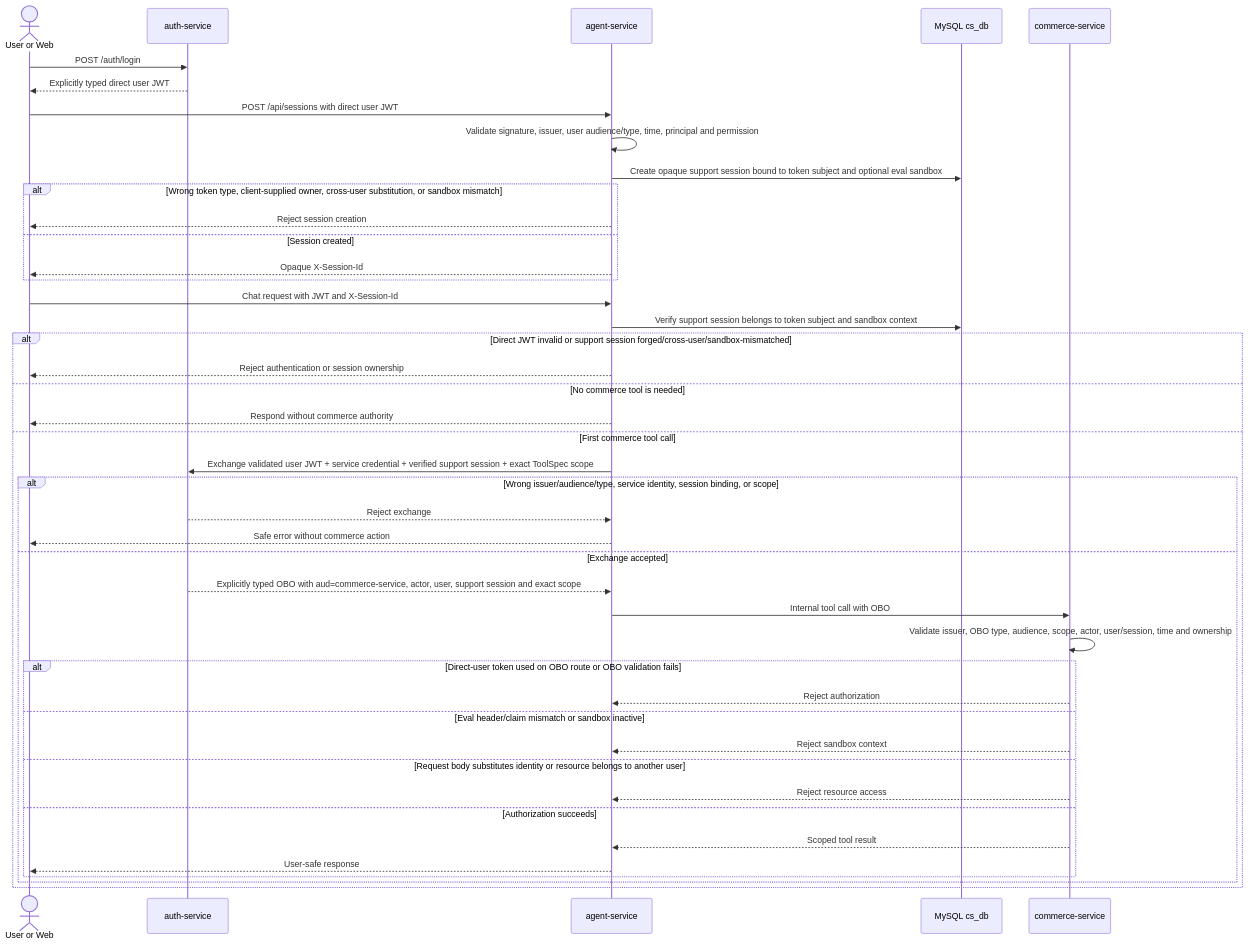
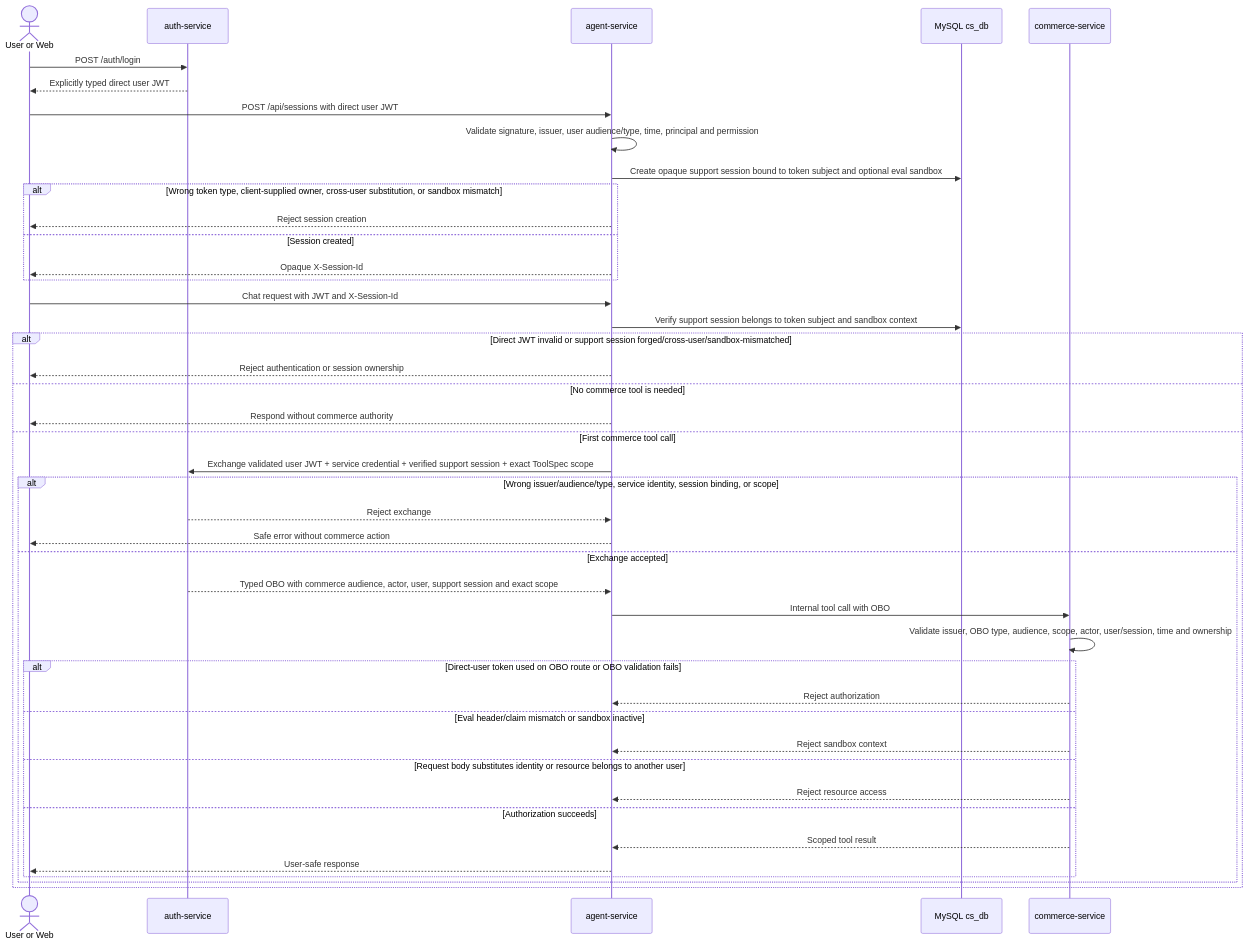
The first of 3 diagrams in docs/CONTRACTS.md (ChanTso/citybuddy), drawn with Mermaid before and after one commit. The commit also changed other lines of this file and 9 other files, not shown here.

````diff
--- a/docs/CONTRACTS.md
+++ b/docs/CONTRACTS.md
@@ -353,47 +269,47 @@
 ```mermaid
 sequenceDiagram
     actor U as User or Web
     participant A as auth-service
     participant G as agent-service
     participant S as MySQL cs_db
     participant C as commerce-service
 
     U->>A: POST /auth/login
     A-->>U: Explicitly typed direct user JWT
     U->>G: POST /api/sessions with direct user JWT
     G->>G: Validate signature, issuer, user audience/type, time, principal and permission
     G->>S: Create opaque support session bound to token subject and optional eval sandbox
     alt Wrong token type, client-supplied owner, cross-user substitution, or sandbox mismatch
         G-->>U: Reject session creation
     else Session created
         G-->>U: Opaque X-Session-Id
     end
     U->>G: Chat request with JWT and X-Session-Id
     G->>S: Verify support session belongs to token subject and sandbox context
 
     alt Direct JWT invalid or support session forged/cross-user/sandbox-mismatched
         G-->>U: Reject authentication or session ownership
     else No commerce tool is needed
         G-->>U: Respond without commerce authority
     else First commerce tool call
         G->>A: Exchange validated user JWT + service credential + verified support session + exact ToolSpec scope
         alt Wrong issuer/audience/type, service identity, session binding, or scope
             A-->>G: Reject exchange
             G-->>U: Safe error without commerce action
         else Exchange accepted
-            A-->>G: Explicitly typed OBO with aud=commerce-service, actor, user, support session and exact scope
+            A-->>G: Typed OBO with commerce audience, actor, user, support session and exact scope
             G->>C: Internal tool call with OBO
             C->>C: Validate issuer, OBO type, audience, scope, actor, user/session, time and ownership
             alt Direct-user token used on OBO route or OBO validation fails
                 C-->>G: Reject authorization
             else Eval header/claim mismatch or sandbox inactive
                 C-->>G: Reject sandbox context
             else Request body substitutes identity or resource belongs to another user
                 C-->>G: Reject resource access
             else Authorization succeeds
                 C-->>G: Scoped tool result
                 G-->>U: User-safe response
             end
         end
     end
 ```
````
